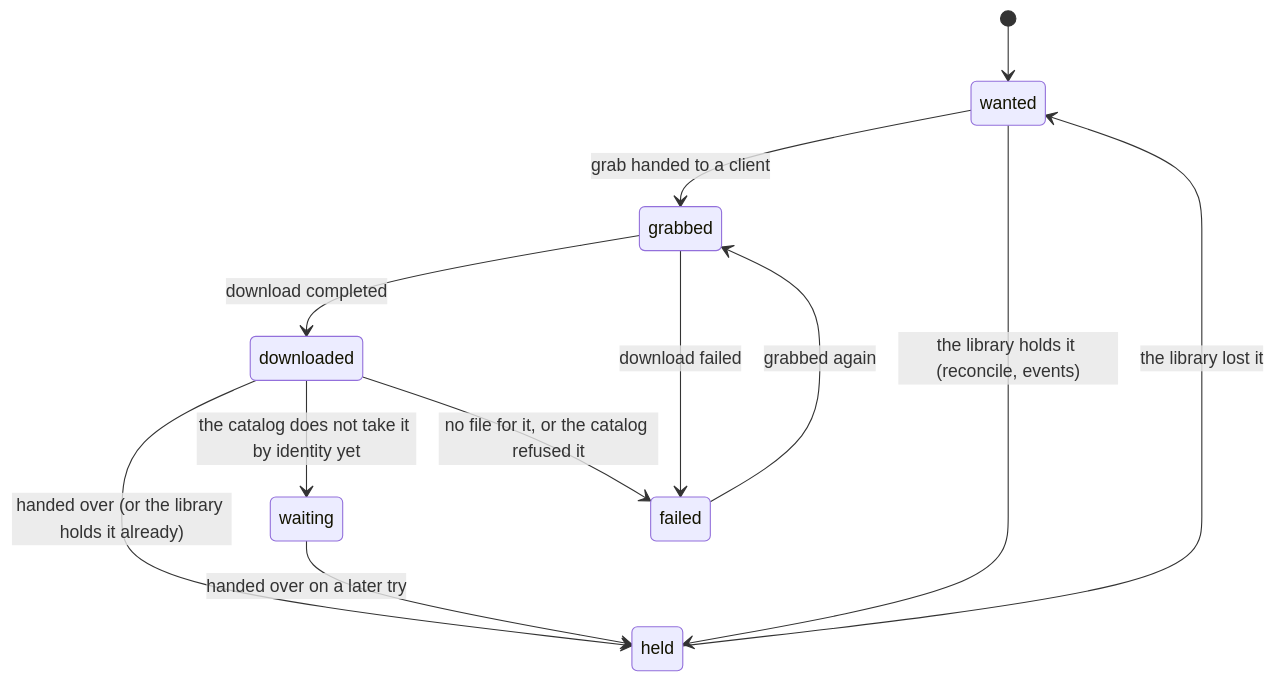
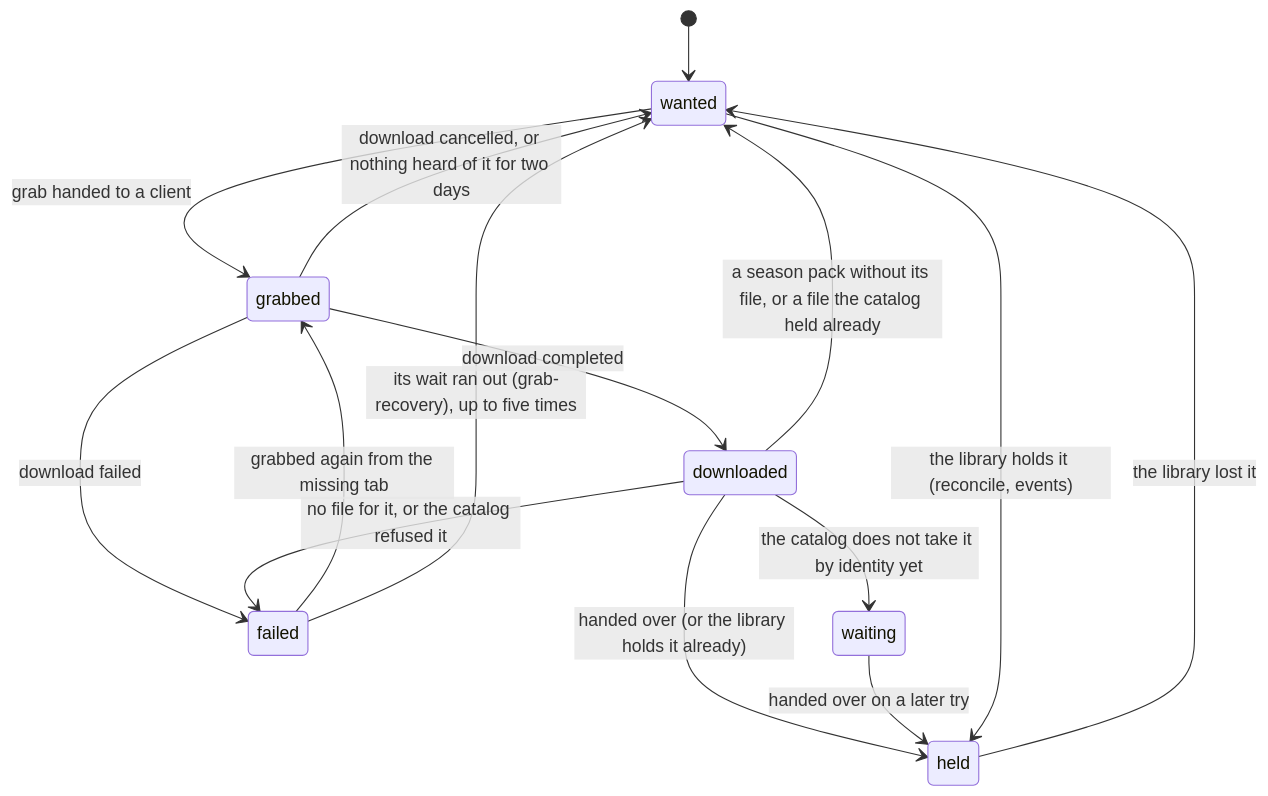
One commit to laedeli/acquire changed the second of 2 diagrams in docs/acquire.md. Above: the diagram before and after it, drawn with Mermaid. The commit also changed other lines of this file and 1 other file, not shown here.

First line of the commit message:
docs: grabs that fail nothing, failure recovery, what an automatic grab takes, and when a download is released

````diff
--- a/docs/acquire.md
+++ b/docs/acquire.md
@@ -101,14 +128,17 @@
 ```mermaid
 stateDiagram-v2
     [*] --> wanted
     wanted --> grabbed: grab handed to a client
-    failed --> grabbed: grabbed again
+    failed --> grabbed: grabbed again from the missing tab
+    failed --> wanted: its wait ran out (grab-recovery), up to five times
     grabbed --> downloaded: download completed
     grabbed --> failed: download failed
+    grabbed --> wanted: download cancelled, or nothing heard of it for two days
     downloaded --> held: handed over (or the library holds it already)
     downloaded --> waiting: the catalog does not take it by identity yet
     waiting --> held: handed over on a later try
     downloaded --> failed: no file for it, or the catalog refused it
+    downloaded --> wanted: a season pack without its file, or a file the catalog held already
     held --> wanted: the library lost it
     wanted --> held: the library holds it (reconcile, events)
 ```
````
